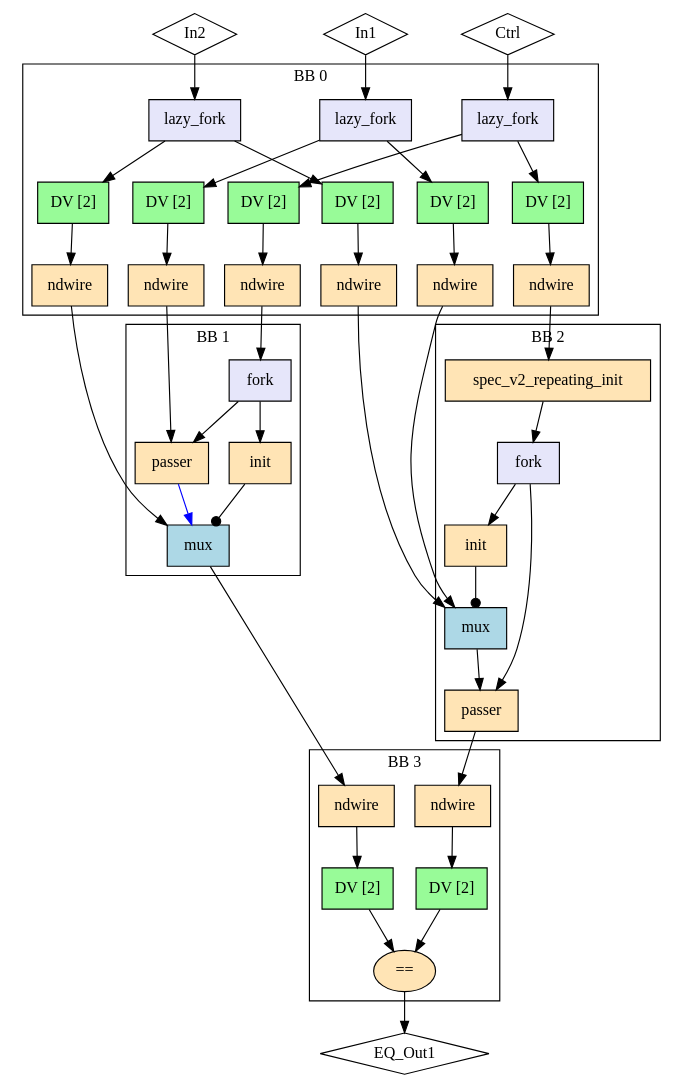
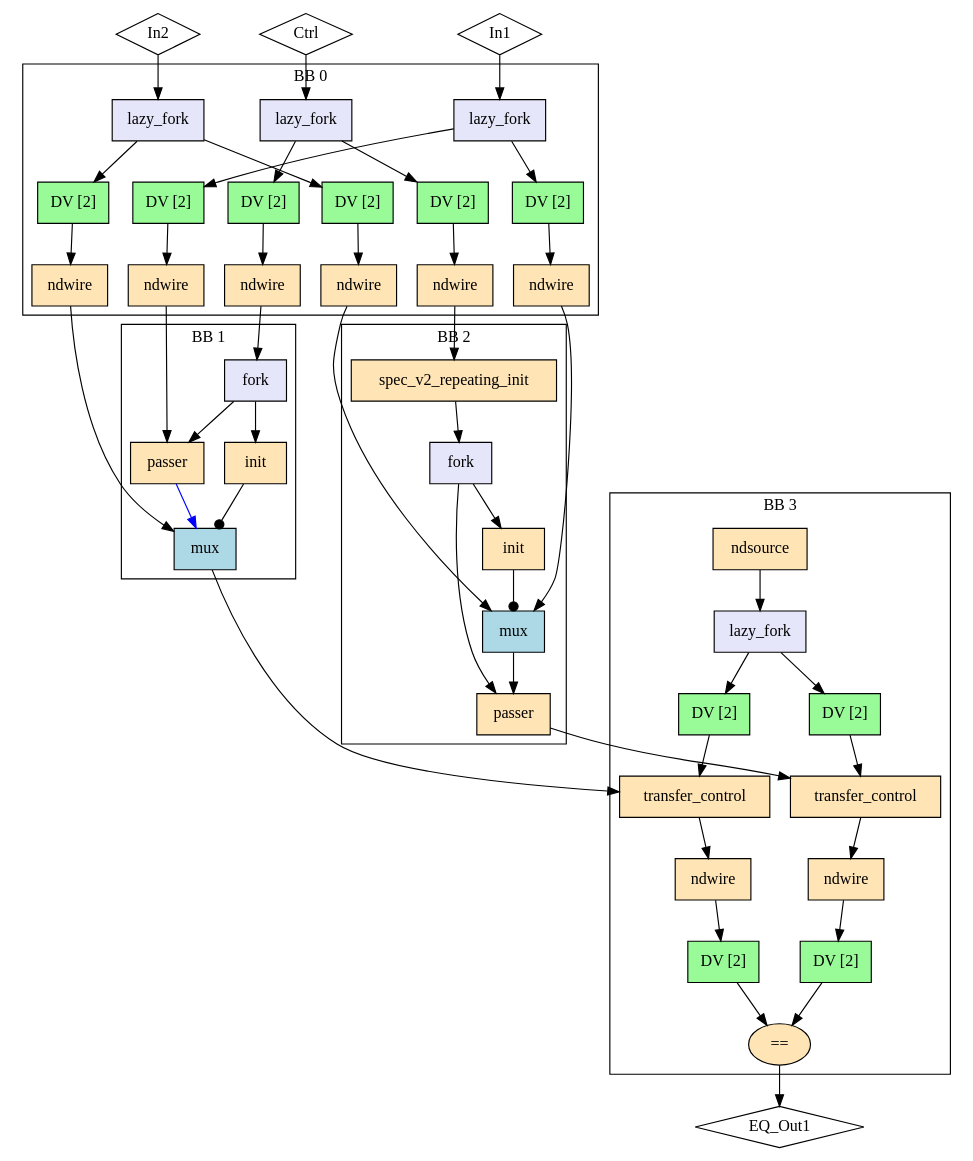
Before and after one commit to EPFL-LAP/dynamatic: the diagram in experimental/tools/elastic-miter/out/sup_mux/miter/model.dot, drawn with Graphviz. The commit also changed 109 other files, not shown here.

```diff
--- a/experimental/tools/elastic-miter/out/sup_mux/miter/model.dot
+++ b/experimental/tools/elastic-miter/out/sup_mux/miter/model.dot
@@ -1,86 +1,99 @@
 Digraph G {
   splines=spline
   compound=true
   "In1" ["style"="solid", "shape"="diamond", "label"="In1", "mlir_op"="handshake.func"]
   "In2" ["style"="solid", "shape"="diamond", "label"="In2", "mlir_op"="handshake.func"]
   "Ctrl" ["style"="solid", "shape"="diamond", "label"="Ctrl", "mlir_op"="handshake.func"]
   "EQ_Out1" ["style"="solid", "shape"="diamond", "label"="EQ_Out1", "mlir_op"="handshake.func"]
   "In1" -> "in_fork_In1" ["dir"="both", "style"="solid", "arrowhead"="normal", "from_idx"="0", "to"="ins", "arrowtail"="none", "from"="In1", "to_idx"="0"]
   "In2" -> "in_fork_In2" ["dir"="both", "style"="solid", "arrowhead"="normal", "from_idx"="1", "to"="ins", "arrowtail"="none", "from"="In2", "to_idx"="0"]
   "Ctrl" -> "in_fork_Ctrl" ["dir"="both", "style"="solid", "arrowhead"="normal", "from_idx"="2", "to"="ins", "arrowtail"="none", "from"="Ctrl", "to_idx"="0"]
   "lhs_in_ndw_In1" -> "lhs_passer" ["dir"="both", "style"="solid", "arrowhead"="normal", "from_idx"="0", "to"="data", "arrowtail"="none", "from"="outs", "to_idx"="0"]
   "rhs_in_ndw_In1" -> "rhs_data_mux" ["dir"="both", "style"="solid", "arrowhead"="normal", "from_idx"="0", "to"="ins_1", "arrowtail"="none", "from"="outs", "to_idx"="2"]
   "lhs_in_ndw_In2" -> "lhs_data_mux" ["dir"="both", "style"="solid", "arrowhead"="normal", "from_idx"="0", "to"="ins_0", "arrowtail"="none", "from"="outs", "to_idx"="1"]
   "rhs_in_ndw_In2" -> "rhs_data_mux" ["dir"="both", "style"="solid", "arrowhead"="normal", "from_idx"="0", "to"="ins_0", "arrowtail"="none", "from"="outs", "to_idx"="1"]
   "lhs_in_ndw_Ctrl" -> "lhs_fork_data_mux" ["dir"="both", "style"="solid", "arrowhead"="normal", "from_idx"="0", "to"="ins", "arrowtail"="none", "from"="outs", "to_idx"="0"]
   "rhs_in_ndw_Ctrl" -> "rhs_ri" ["dir"="both", "style"="solid", "arrowhead"="normal", "from_idx"="0", "to"="ins", "arrowtail"="none", "from"="outs", "to_idx"="0"]
-  "lhs_data_mux" -> "lhs_out_ndw_Out1" ["dir"="both", "style"="solid", "arrowhead"="normal", "from_idx"="0", "to"="ins", "arrowtail"="none", "from"="outs", "to_idx"="0"]
-  "rhs_passer" -> "rhs_out_ndw_Out1" ["dir"="both", "style"="solid", "arrowhead"="normal", "from_idx"="0", "to"="ins", "arrowtail"="none", "from"="result", "to_idx"="0"]
+  "lhs_data_mux" -> "out_lhs_tc_Out1" ["dir"="both", "style"="solid", "arrowhead"="normal", "from_idx"="0", "to"="ins", "arrowtail"="none", "from"="outs", "to_idx"="0"]
+  "rhs_passer" -> "out_rhs_tc_Out1" ["dir"="both", "style"="solid", "arrowhead"="normal", "from_idx"="0", "to"="ins", "arrowtail"="none", "from"="result", "to_idx"="0"]
   "out_eq_Out1" -> "EQ_Out1" ["dir"="both", "style"="solid", "arrowhead"="normal", "from_idx"="0", "to"="EQ_Out1", "arrowtail"="none", "from"="result", "to_idx"="0"]
   subgraph cluster0 {
     graph ["label"="BB 0"]
     "in_fork_In1" ["style"="filled", "fillcolor"="lavender", "shape"="box", "label"="lazy_fork", "mlir_op"="handshake.lazy_fork"]
     "lhs_in_buf_In1" ["style"="filled", "fillcolor"="palegreen", "shape"="box", "label"="DV [2]", "mlir_op"="handshake.buffer"]
     "rhs_in_buf_In1" ["style"="filled", "fillcolor"="palegreen", "shape"="box", "label"="DV [2]", "mlir_op"="handshake.buffer"]
     "lhs_in_ndw_In1" ["style"="filled", "fillcolor"="moccasin", "shape"="box", "label"="ndwire", "mlir_op"="handshake.ndwire"]
     "rhs_in_ndw_In1" ["style"="filled", "fillcolor"="moccasin", "shape"="box", "label"="ndwire", "mlir_op"="handshake.ndwire"]
     "in_fork_In2" ["style"="filled", "fillcolor"="lavender", "shape"="box", "label"="lazy_fork", "mlir_op"="handshake.lazy_fork"]
     "lhs_in_buf_In2" ["style"="filled", "fillcolor"="palegreen", "shape"="box", "label"="DV [2]", "mlir_op"="handshake.buffer"]
     "rhs_in_buf_In2" ["style"="filled", "fillcolor"="palegreen", "shape"="box", "label"="DV [2]", "mlir_op"="handshake.buffer"]
     "lhs_in_ndw_In2" ["style"="filled", "fillcolor"="moccasin", "shape"="box", "label"="ndwire", "mlir_op"="handshake.ndwire"]
     "rhs_in_ndw_In2" ["style"="filled", "fillcolor"="moccasin", "shape"="box", "label"="ndwire", "mlir_op"="handshake.ndwire"]
     "in_fork_Ctrl" ["style"="filled", "fillcolor"="lavender", "shape"="box", "label"="lazy_fork", "mlir_op"="handshake.lazy_fork"]
     "lhs_in_buf_Ctrl" ["style"="filled", "fillcolor"="palegreen", "shape"="box", "label"="DV [2]", "mlir_op"="handshake.buffer"]
     "rhs_in_buf_Ctrl" ["style"="filled", "fillcolor"="palegreen", "shape"="box", "label"="DV [2]", "mlir_op"="handshake.buffer"]
     "lhs_in_ndw_Ctrl" ["style"="filled", "fillcolor"="moccasin", "shape"="box", "label"="ndwire", "mlir_op"="handshake.ndwire"]
     "rhs_in_ndw_Ctrl" ["style"="filled", "fillcolor"="moccasin", "shape"="box", "label"="ndwire", "mlir_op"="handshake.ndwire"]
     "in_fork_In1" -> "lhs_in_buf_In1" ["dir"="both", "style"="solid", "arrowhead"="normal", "from_idx"="0", "to"="ins", "arrowtail"="none", "from"="outs_0", "to_idx"="0"]
     "in_fork_In1" -> "rhs_in_buf_In1" ["dir"="both", "style"="solid", "arrowhead"="normal", "from_idx"="1", "to"="ins", "arrowtail"="none", "from"="outs_1", "to_idx"="0"]
     "lhs_in_buf_In1" -> "lhs_in_ndw_In1" ["dir"="both", "style"="solid", "arrowhead"="normal", "from_idx"="0", "to"="ins", "arrowtail"="none", "from"="outs", "to_idx"="0"]
     "rhs_in_buf_In1" -> "rhs_in_ndw_In1" ["dir"="both", "style"="solid", "arrowhead"="normal", "from_idx"="0", "to"="ins", "arrowtail"="none", "from"="outs", "to_idx"="0"]
     "in_fork_In2" -> "lhs_in_buf_In2" ["dir"="both", "style"="solid", "arrowhead"="normal", "from_idx"="0", "to"="ins", "arrowtail"="none", "from"="outs_0", "to_idx"="0"]
     "in_fork_In2" -> "rhs_in_buf_In2" ["dir"="both", "style"="solid", "arrowhead"="normal", "from_idx"="1", "to"="ins", "arrowtail"="none", "from"="outs_1", "to_idx"="0"]
     "lhs_in_buf_In2" -> "lhs_in_ndw_In2" ["dir"="both", "style"="solid", "arrowhead"="normal", "from_idx"="0", "to"="ins", "arrowtail"="none", "from"="outs", "to_idx"="0"]
     "rhs_in_buf_In2" -> "rhs_in_ndw_In2" ["dir"="both", "style"="solid", "arrowhead"="normal", "from_idx"="0", "to"="ins", "arrowtail"="none", "from"="outs", "to_idx"="0"]
     "in_fork_Ctrl" -> "lhs_in_buf_Ctrl" ["dir"="both", "style"="solid", "arrowhead"="normal", "from_idx"="0", "to"="ins", "arrowtail"="none", "from"="outs_0", "to_idx"="0"]
     "in_fork_Ctrl" -> "rhs_in_buf_Ctrl" ["dir"="both", "style"="solid", "arrowhead"="normal", "from_idx"="1", "to"="ins", "arrowtail"="none", "from"="outs_1", "to_idx"="0"]
     "lhs_in_buf_Ctrl" -> "lhs_in_ndw_Ctrl" ["dir"="both", "style"="solid", "arrowhead"="normal", "from_idx"="0", "to"="ins", "arrowtail"="none", "from"="outs", "to_idx"="0"]
     "rhs_in_buf_Ctrl" -> "rhs_in_ndw_Ctrl" ["dir"="both", "style"="solid", "arrowhead"="normal", "from_idx"="0", "to"="ins", "arrowtail"="none", "from"="outs", "to_idx"="0"]
   }
   subgraph cluster1 {
     graph ["label"="BB 1"]
     "lhs_fork_data_mux" ["style"="filled", "fillcolor"="lavender", "shape"="box", "label"="fork", "mlir_op"="handshake.fork"]
     "lhs_init_buffer_ctrl" ["style"="filled", "fillcolor"="moccasin", "shape"="box", "label"="init", "mlir_op"="handshake.init"]
     "lhs_passer" ["style"="filled", "fillcolor"="moccasin", "shape"="box", "label"="passer", "mlir_op"="handshake.passer"]
     "lhs_data_mux" ["style"="filled", "fillcolor"="lightblue", "shape"="box", "label"="mux", "mlir_op"="handshake.mux"]
     "lhs_fork_data_mux" -> "lhs_init_buffer_ctrl" ["dir"="both", "style"="solid", "arrowhead"="normal", "from_idx"="0", "to"="ins", "arrowtail"="none", "from"="outs_0", "to_idx"="0"]
     "lhs_fork_data_mux" -> "lhs_passer" ["dir"="both", "style"="solid", "arrowhead"="normal", "from_idx"="1", "to"="ctrl", "arrowtail"="none", "from"="outs_1", "to_idx"="1"]
     "lhs_init_buffer_ctrl" -> "lhs_data_mux" ["dir"="both", "style"="solid", "arrowhead"="dot", "from_idx"="0", "to"="index", "arrowtail"="none", "from"="outs", "to_idx"="0"]
     "lhs_passer" -> "lhs_data_mux" ["dir"="both", "style"="solid", "arrowhead"="normal", "from_idx"="0", "color"="blue", "to"="ins_1", "arrowtail"="none", "from"="result", "to_idx"="2"]
   }
   subgraph cluster2 {
     graph ["label"="BB 2"]
     "rhs_ri" ["style"="filled", "fillcolor"="moccasin", "shape"="box", "label"="spec_v2_repeating_init", "mlir_op"="handshake.spec_v2_repeating_init"]
     "rhs_fork_data_mux" ["style"="filled", "fillcolor"="lavender", "shape"="box", "label"="fork", "mlir_op"="handshake.fork"]
     "rhs_init_buffer_ctrl" ["style"="filled", "fillcolor"="moccasin", "shape"="box", "label"="init", "mlir_op"="handshake.init"]
     "rhs_data_mux" ["style"="filled", "fillcolor"="lightblue", "shape"="box", "label"="mux", "mlir_op"="handshake.mux"]
     "rhs_passer" ["style"="filled", "fillcolor"="moccasin", "shape"="box", "label"="passer", "mlir_op"="handshake.passer"]
     "rhs_ri" -> "rhs_fork_data_mux" ["dir"="both", "style"="solid", "arrowhead"="normal", "from_idx"="0", "to"="ins", "arrowtail"="none", "from"="outs", "to_idx"="0"]
     "rhs_fork_data_mux" -> "rhs_init_buffer_ctrl" ["dir"="both", "style"="solid", "arrowhead"="normal", "from_idx"="0", "to"="ins", "arrowtail"="none", "from"="outs_0", "to_idx"="0"]
     "rhs_fork_data_mux" -> "rhs_passer" ["dir"="both", "style"="solid", "arrowhead"="normal", "from_idx"="1", "to"="ctrl", "arrowtail"="none", "from"="outs_1", "to_idx"="1"]
     "rhs_init_buffer_ctrl" -> "rhs_data_mux" ["dir"="both", "style"="solid", "arrowhead"="dot", "from_idx"="0", "to"="index", "arrowtail"="none", "from"="outs", "to_idx"="0"]
     "rhs_data_mux" -> "rhs_passer" ["dir"="both", "style"="solid", "arrowhead"="normal", "from_idx"="0", "to"="data", "arrowtail"="none", "from"="outs", "to_idx"="0"]
   }
   subgraph cluster3 {
     graph ["label"="BB 3"]
+    "out_nds_Out1" ["style"="filled", "fillcolor"="moccasin", "shape"="box", "label"="ndsource", "mlir_op"="handshake.ndsource"]
+    "out_lf_Out1" ["style"="filled", "fillcolor"="lavender", "shape"="box", "label"="lazy_fork", "mlir_op"="handshake.lazy_fork"]
+    "out_buf_lhs_nds_Out1" ["style"="filled", "fillcolor"="palegreen", "shape"="box", "label"="DV [2]", "mlir_op"="handshake.buffer"]
+    "out_buf_rhs_nds_Out1" ["style"="filled", "fillcolor"="palegreen", "shape"="box", "label"="DV [2]", "mlir_op"="handshake.buffer"]
+    "out_lhs_tc_Out1" ["style"="filled", "fillcolor"="moccasin", "shape"="box", "label"="transfer_control", "mlir_op"="handshake.transfer_control"]
+    "out_rhs_tc_Out1" ["style"="filled", "fillcolor"="moccasin", "shape"="box", "label"="transfer_control", "mlir_op"="handshake.transfer_control"]
     "lhs_out_ndw_Out1" ["style"="filled", "fillcolor"="moccasin", "shape"="box", "label"="ndwire", "mlir_op"="handshake.ndwire"]
     "rhs_out_ndw_Out1" ["style"="filled", "fillcolor"="moccasin", "shape"="box", "label"="ndwire", "mlir_op"="handshake.ndwire"]
     "lhs_out_buf_Out1" ["style"="filled", "fillcolor"="palegreen", "shape"="box", "label"="DV [2]", "mlir_op"="handshake.buffer"]
     "rhs_out_buf_Out1" ["style"="filled", "fillcolor"="palegreen", "shape"="box", "label"="DV [2]", "mlir_op"="handshake.buffer"]
     "out_eq_Out1" ["style"="filled", "fillcolor"="moccasin", "shape"="oval", "label"="==", "mlir_op"="handshake.cmpi=="]
+    "out_nds_Out1" -> "out_lf_Out1" ["dir"="both", "style"="solid", "arrowhead"="normal", "from_idx"="0", "to"="ins", "arrowtail"="none", "from"="result", "to_idx"="0"]
+    "out_lf_Out1" -> "out_buf_lhs_nds_Out1" ["dir"="both", "style"="solid", "arrowhead"="normal", "from_idx"="0", "to"="ins", "arrowtail"="none", "from"="outs_0", "to_idx"="0"]
+    "out_lf_Out1" -> "out_buf_rhs_nds_Out1" ["dir"="both", "style"="solid", "arrowhead"="normal", "from_idx"="1", "to"="ins", "arrowtail"="none", "from"="outs_1", "to_idx"="0"]
+    "out_buf_lhs_nds_Out1" -> "out_lhs_tc_Out1" ["dir"="both", "style"="solid", "arrowhead"="normal", "from_idx"="0", "to"="ctrl", "arrowtail"="none", "from"="outs", "to_idx"="1"]
+    "out_buf_rhs_nds_Out1" -> "out_rhs_tc_Out1" ["dir"="both", "style"="solid", "arrowhead"="normal", "from_idx"="0", "to"="ctrl", "arrowtail"="none", "from"="outs", "to_idx"="1"]
+    "out_lhs_tc_Out1" -> "lhs_out_ndw_Out1" ["dir"="both", "style"="solid", "arrowhead"="normal", "from_idx"="0", "to"="ins", "arrowtail"="none", "from"="outs", "to_idx"="0"]
+    "out_rhs_tc_Out1" -> "rhs_out_ndw_Out1" ["dir"="both", "style"="solid", "arrowhead"="normal", "from_idx"="0", "to"="ins", "arrowtail"="none", "from"="outs", "to_idx"="0"]
     "lhs_out_ndw_Out1" -> "lhs_out_buf_Out1" ["dir"="both", "style"="solid", "arrowhead"="normal", "from_idx"="0", "to"="ins", "arrowtail"="none", "from"="outs", "to_idx"="0"]
     "rhs_out_ndw_Out1" -> "rhs_out_buf_Out1" ["dir"="both", "style"="solid", "arrowhead"="normal", "from_idx"="0", "to"="ins", "arrowtail"="none", "from"="outs", "to_idx"="0"]
     "lhs_out_buf_Out1" -> "out_eq_Out1" ["dir"="both", "style"="solid", "arrowhead"="normal", "from_idx"="0", "to"="lhs", "arrowtail"="none", "from"="outs", "to_idx"="0"]
     "rhs_out_buf_Out1" -> "out_eq_Out1" ["dir"="both", "style"="solid", "arrowhead"="normal", "from_idx"="0", "to"="rhs", "arrowtail"="none", "from"="outs", "to_idx"="1"]
   }
 }
```
